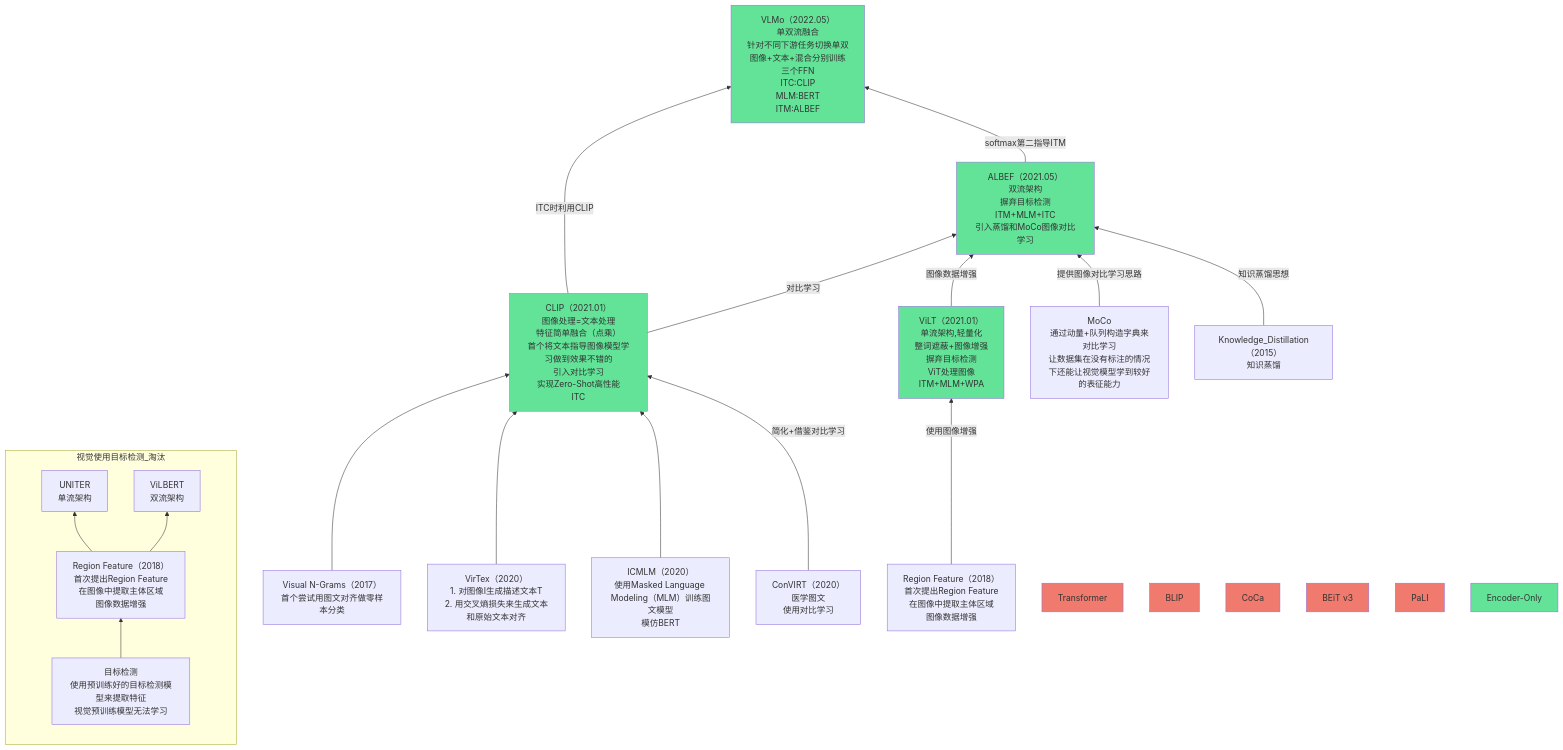
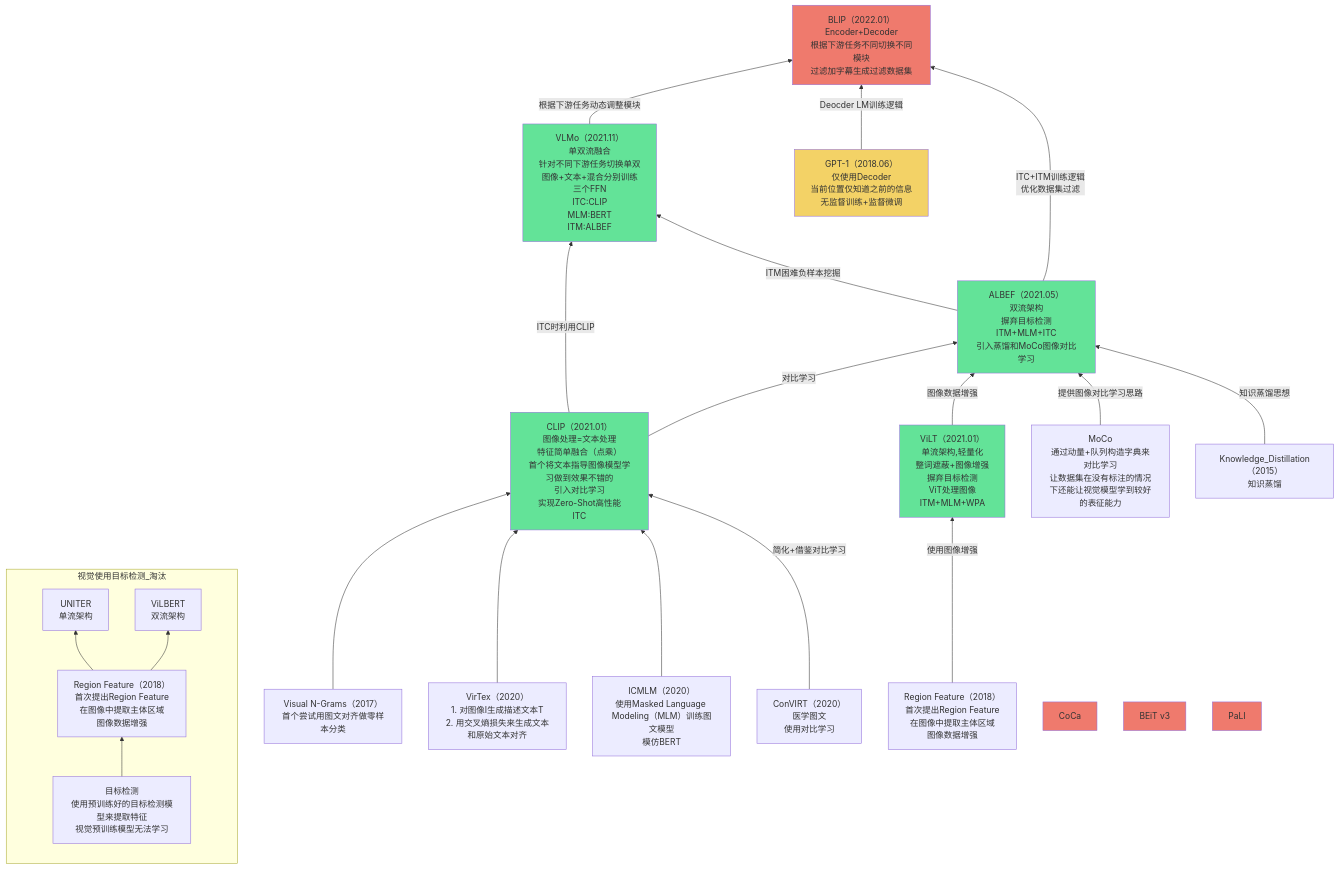
The third of 5 diagrams in Base_Model/VLM+VLLM/analyse.md (Elephant-King9/Paper), drawn with Mermaid before and after one commit. The commit also changed other lines of this file and 5 other files, not shown here.

````diff
--- a/Base_Model/VLM+VLLM/analyse.md
+++ b/Base_Model/VLM+VLLM/analyse.md
@@ -80,57 +81,58 @@
 ```mermaid
 flowchart BT
 	subgraph 视觉使用目标检测_淘汰
 		direction BT
 		目标检测-->Region_Feature_1
     Region_Feature_1-->UNITER
     Region_Feature_1-->ViLBERT
 	end
 	Region_Feature-->|使用图像增强|ViLT
 	Visual_N-Grams-->CLIP
 	VirTex-->CLIP
 	ICMLM-->CLIP
 	ConVIRT-->|简化+借鉴对比学习|CLIP
 	MoCo-->|提供图像对比学习思路|ALBEF
 	Knowledge_Distillation-->|知识蒸馏思想|ALBEF
 	CLIP-->|ITC时利用CLIP|VLMo
 	CLIP-->|对比学习|ALBEF
 	ViLT-->|图像数据增强|ALBEF
-	ALBEF-->|softmax第二指导ITM|VLMo
+	ALBEF-->|ITM困难负样本挖掘|VLMo
+	VLMo-->|根据下游任务动态调整模块|BLIP
+	ALBEF-->|ITC+ITM训练逻辑<br>优化数据集过滤|BLIP
+	GPT-1-->|Deocder LM训练逻辑|BLIP
 	
 	
 	
 	
 	
-	
-	Transformer[Transformer]
-		style Transformer fill:#EF7A6D
+
 	目标检测[目标检测<br>使用预训练好的目标检测模型来提取特征<br>视觉预训练模型无法学习]
 	ViLT[ViLT（2021.01）<br>单流架构,轻量化<br>整词遮蔽+图像增强<br>摒弃目标检测<br>ViT处理图像<br>ITM+MLM+WPA]
 		style ViLT fill:#63E398
 	CLIP[CLIP（2021.01）<br>图像处理=文本处理<br>特征简单融合（点乘）<br>首个将文本指导图像模型学习做到效果不错的<br>引入对比学习<br>实现Zero-Shot高性能<br>ITC]
 		style CLIP fill:#63E398
 	ALBEF[ALBEF（2021.05）<br>双流架构<br>摒弃目标检测<br>ITM+MLM+ITC<br>引入蒸馏和MoCo图像对比学习]
 		style ALBEF fill:#63E398
-	VLMo[VLMo（2022.05）<br>单双流融合<br>针对不同下游任务切换单双<br>图像+文本+混合分别训练<br>三个FFN<br>ITC:CLIP<br>MLM:BERT<br>ITM:ALBEF]
+	VLMo[VLMo（2021.11）<br>单双流融合<br>针对不同下游任务切换单双<br>图像+文本+混合分别训练<br>三个FFN<br>ITC:CLIP<br>MLM:BERT<br>ITM:ALBEF]
 		style VLMo fill:#63E398
-	BLIP[BLIP]
+	BLIP[BLIP（2022.01）<br>Encoder+Decoder<br>根据下游任务不同切换不同模块<br>过滤加字幕生成过滤数据集]
 		style BLIP fill:#EF7A6D
 	CoCa[CoCa]
 		style CoCa fill:#EF7A6D
 	BEiT_v3[BEiT v3]
 		style BEiT_v3 fill:#EF7A6D
 	PaLI[PaLI]
 		style PaLI fill:#EF7A6D
 	VirTex[VirTex（2020）<br>1. 对图像I生成描述文本T<br>2. 用交叉熵损失来生成文本和原始文本对齐]
 	ICMLM[ICMLM（2020）<br>使用Masked Language Modeling（MLM）训练图文模型<br>模仿BERT]
 	ConVIRT[ConVIRT（2020）<br>医学图文<br>使用对比学习]
 	Visual_N-Grams[Visual N-Grams（2017）<br>首个尝试用图文对齐做零样本分类]
 	Region_Feature[Region Feature（2018）<br>首次提出Region Feature<br>在图像中提取主体区域<br>图像数据增强]
 	Region_Feature_1[Region Feature（2018）<br>首次提出Region Feature<br>在图像中提取主体区域<br>图像数据增强]
 	UNITER[UNITER<br>单流架构]
 	ViLBERT[ViLBERT<br>双流架构]
 	MoCo[MoCo<br>通过动量+队列构造字典来对比学习<br>让数据集在没有标注的情况下还能让视觉模型学到较好的表征能力]
-	Encoder-Only[Encoder-Only]
-		style Encoder-Only fill:#63E398
 	Knowledge_Distillation[Knowledge_Distillation（2015）<br>知识蒸馏]
+	GPT-1[GPT-1（2018.06）<br>仅使用Decoder<br>当前位置仅知道之前的信息<br>无监督训练+监督微调]
+	style GPT-1 fill:#F3D266
 ```
````
